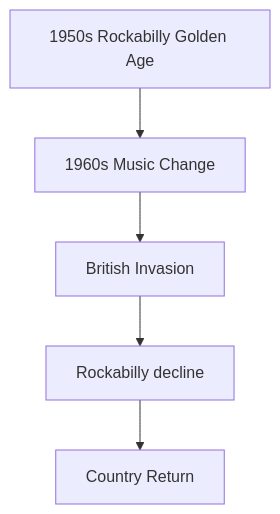
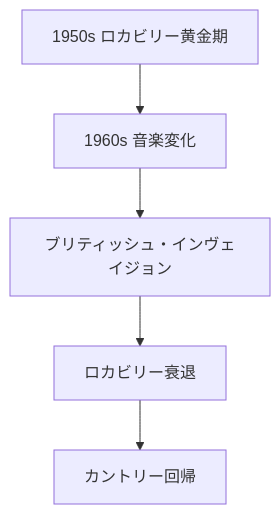
Before and after one commit to monumental-movement/monumental-movement.github.io: the seventh of 11 diagrams in en/_posts/2026-05-16-column-wanda-jackson.md, drawn with Mermaid. The commit also changed other lines of this file and 2196 other files, not shown here.

```diff
--- a/en/_posts/2026-05-16-column-wanda-jackson.md
+++ b/en/_posts/2026-05-16-column-wanda-jackson.md
@@ -218,7 +218,7 @@
 <div class="mermaid">
 flowchart TD
-A["1950s Rockabilly Golden Age"] --> B["1960s Music Change"]
-B --> C["British Invasion"]
-C --> D["Rockabilly decline"]
-D --> E["Country Return"]
+A["1950s ロカビリー黄金期"] --> B["1960s 音楽変化"]
+B --> C["ブリティッシュ・インヴェイジョン"]
+C --> D["ロカビリー衰退"]
+D --> E["カントリー回帰"]
 </div>
```
